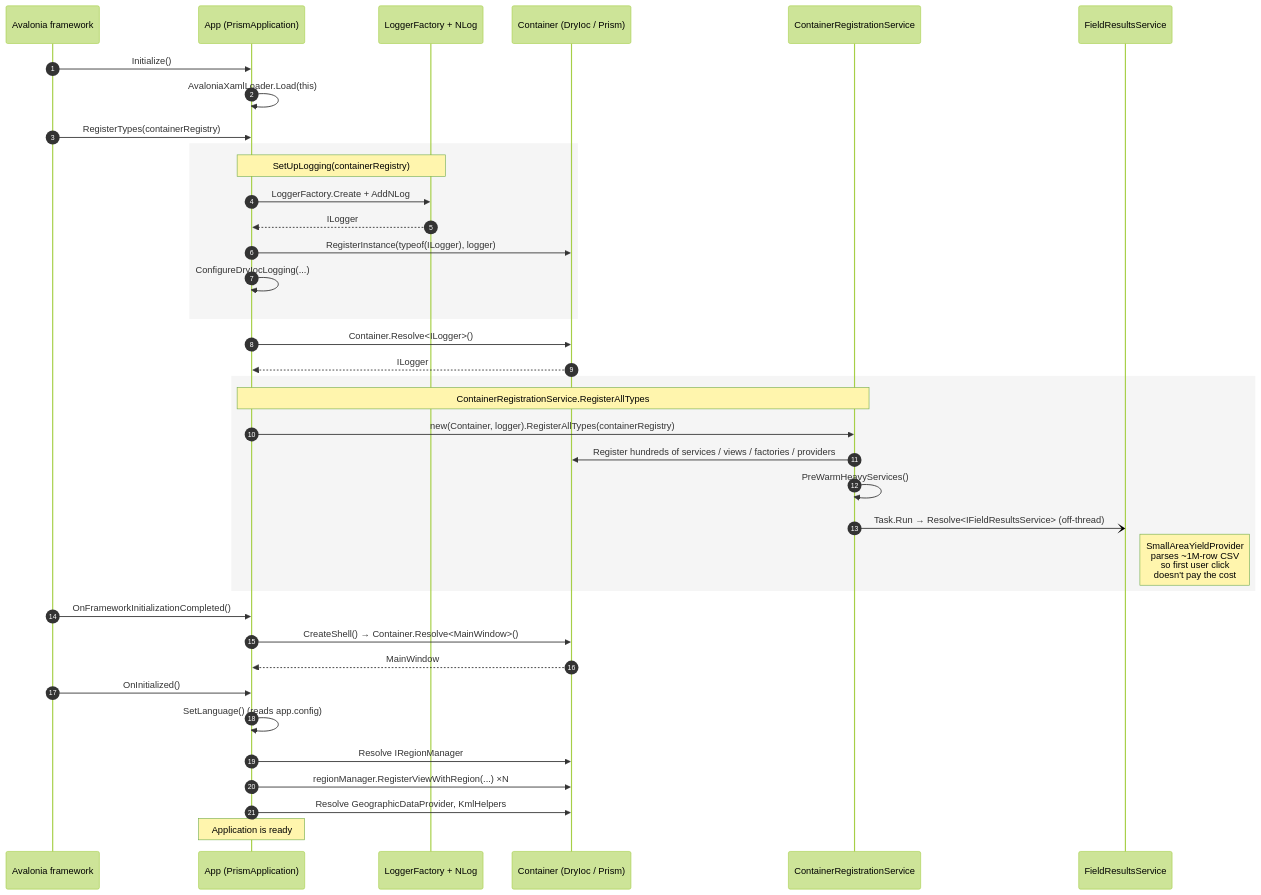
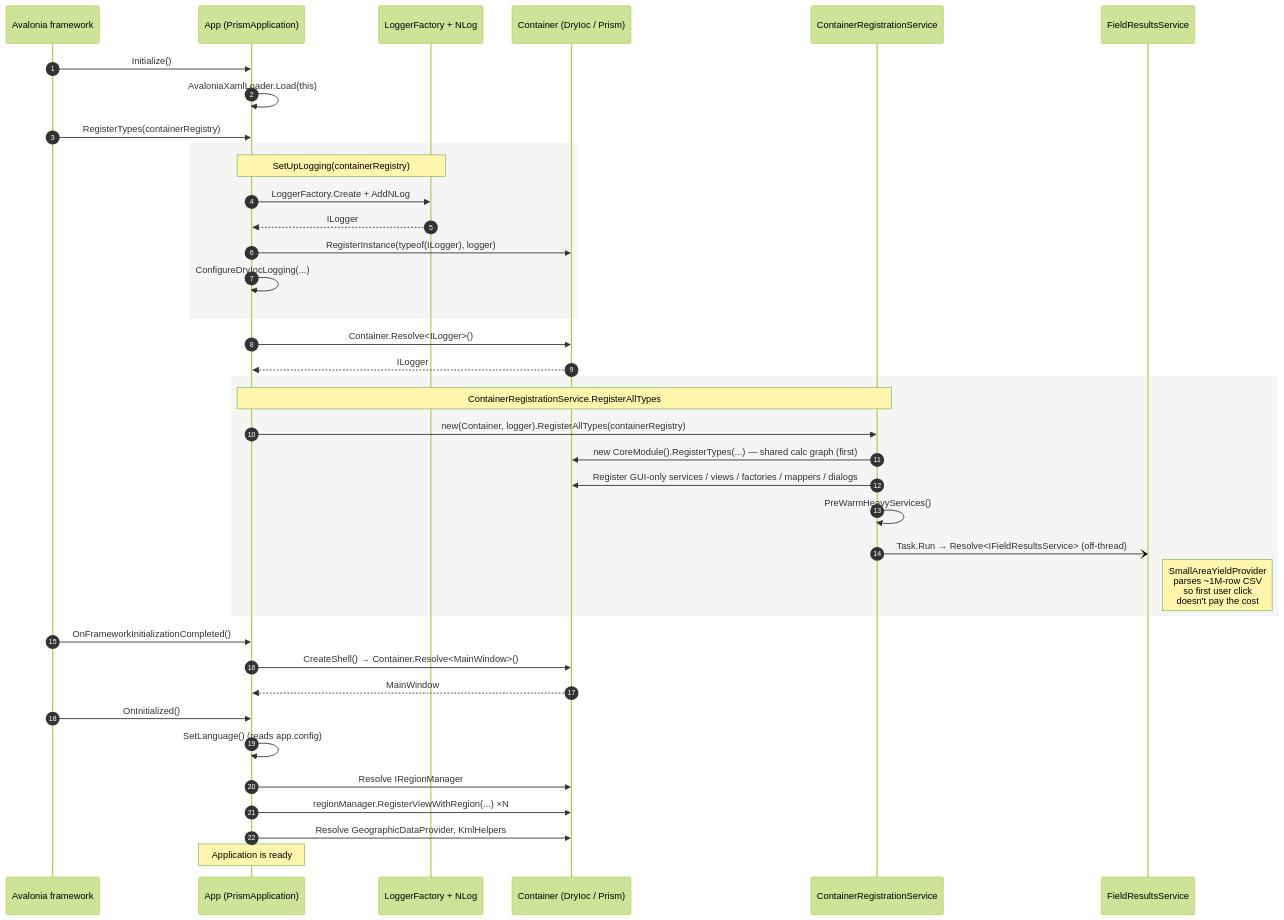
The second of 3 diagrams in ARCHITECTURE.md (holos-aafc/Holos-5), drawn with Mermaid (forest theme) before and after one commit. The commit also changed other lines of this file and 3 other files, not shown here.

First line of the commit message:
Document shared CoreModule DI graph and CLI carbon path

````diff
--- a/ARCHITECTURE.md
+++ b/ARCHITECTURE.md
@@ -90,45 +91,46 @@
 ```mermaid
 sequenceDiagram
     autonumber
     participant Av as Avalonia framework
     participant App as App (PrismApplication)
     participant Log as LoggerFactory + NLog
     participant DI as Container (DryIoc / Prism)
     participant CRS as ContainerRegistrationService
     participant FRS as FieldResultsService
 
     Av->>App: Initialize()
     App->>App: AvaloniaXamlLoader.Load(this)
     Av->>App: RegisterTypes(containerRegistry)
 
     rect rgb(245,245,245)
     Note over App,Log: SetUpLogging(containerRegistry)
     App->>Log: LoggerFactory.Create + AddNLog
     Log-->>App: ILogger
     App->>DI: RegisterInstance(typeof(ILogger), logger)
     App->>App: ConfigureDryIocLogging(...)
     end
 
     App->>DI: Container.Resolve<ILogger>()
     DI-->>App: ILogger
 
     rect rgb(245,245,245)
     Note over App,CRS: ContainerRegistrationService.RegisterAllTypes
     App->>CRS: new(Container, logger).RegisterAllTypes(containerRegistry)
-    CRS->>DI: Register hundreds of services / views / factories / providers
+    CRS->>DI: new CoreModule().RegisterTypes(...) — shared calc graph (first)
+    CRS->>DI: Register GUI-only services / views / factories / mappers / dialogs
     CRS->>CRS: PreWarmHeavyServices()
     CRS-)FRS: Task.Run → Resolve<IFieldResultsService> (off-thread)
     Note right of FRS: SmallAreaYieldProvider<br/>parses ~1M-row CSV<br/>so first user click<br/>doesn't pay the cost
     end
 
     Av->>App: OnFrameworkInitializationCompleted()
     App->>DI: CreateShell() → Container.Resolve<MainWindow>()
     DI-->>App: MainWindow
 
     Av->>App: OnInitialized()
     App->>App: SetLanguage() (reads app.config)
     App->>DI: Resolve IRegionManager
     App->>DI: regionManager.RegisterViewWithRegion(...) ×N
     App->>DI: Resolve GeographicDataProvider, KmlHelpers
     Note over App: Application is ready
 ```
````
